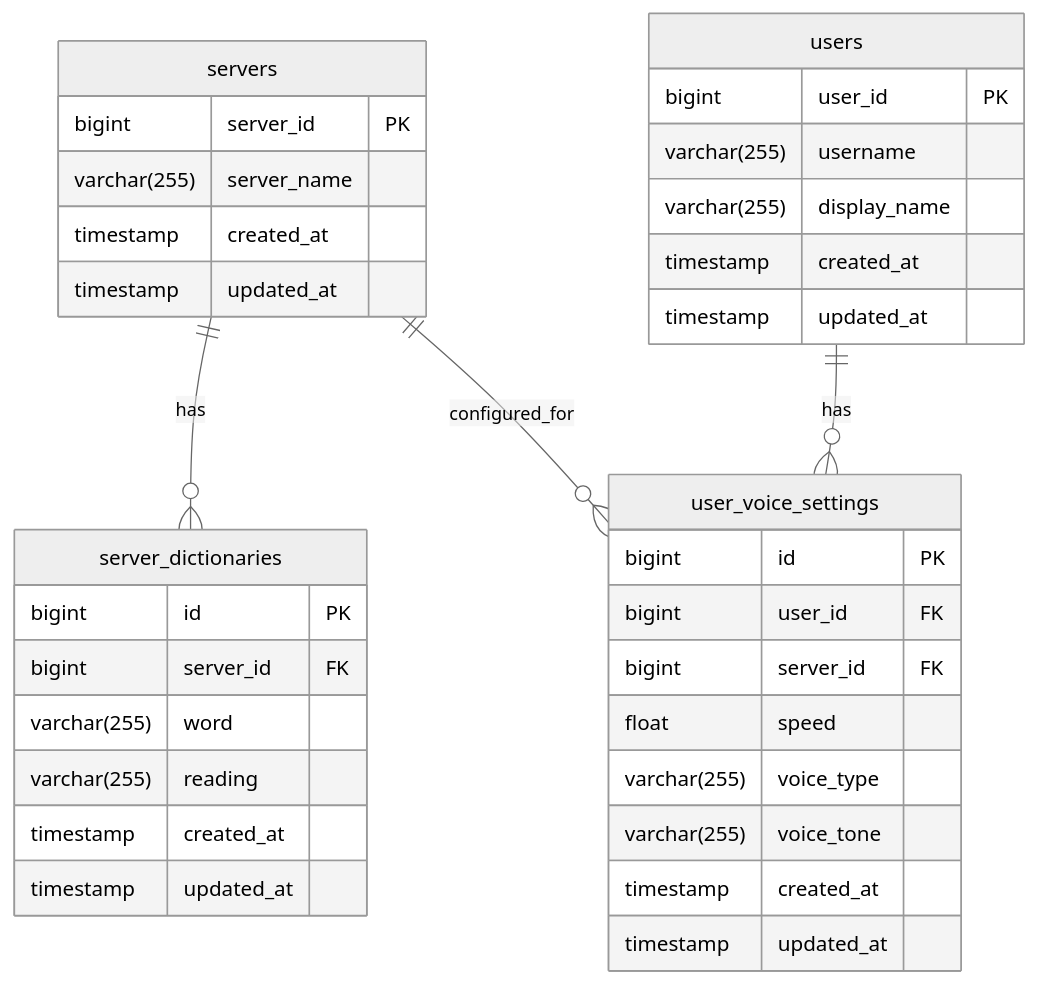
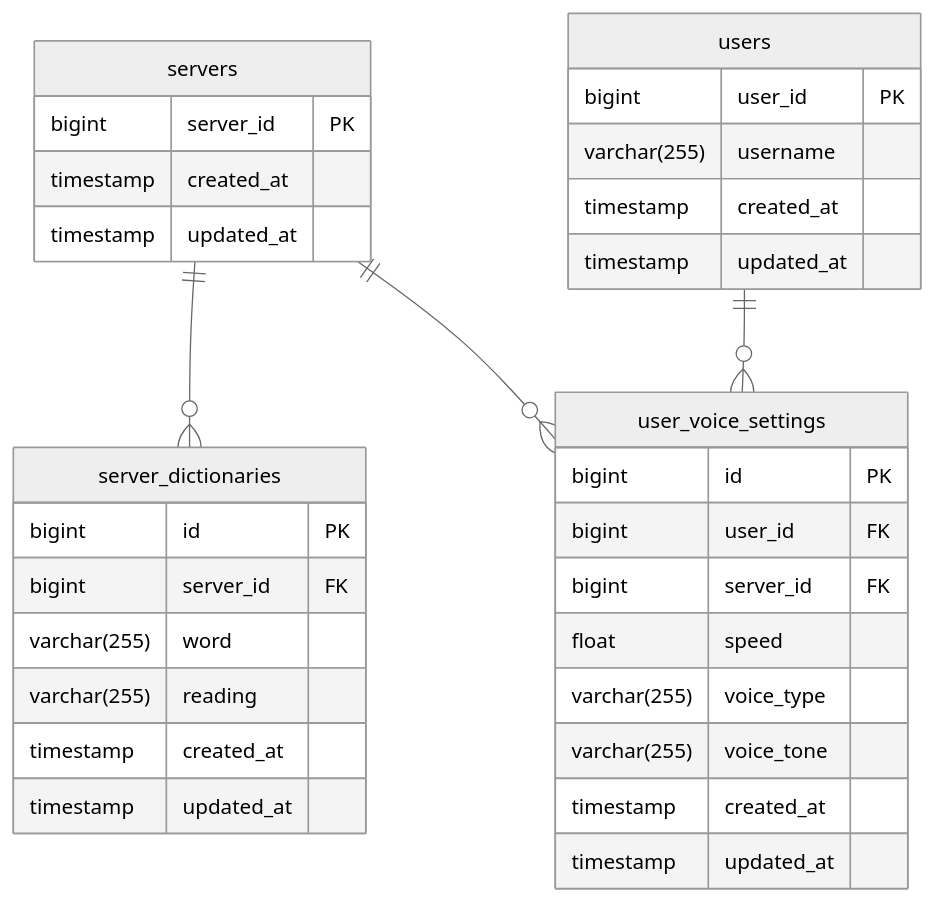
One commit to kurono-soshiki/gentlebot changed the diagram in src/yomiage/RDBMS.md. Above: the diagram before and after it, drawn with Mermaid (neutral theme). The commit also changed other lines of this file, not shown here.

Commit message:
不要なカラムの削除 #9

````diff
--- a/src/yomiage/RDBMS.md
+++ b/src/yomiage/RDBMS.md
@@ -17,42 +17,40 @@
 ```mermaid
 erDiagram
     servers {
         bigint server_id PK
-        varchar(255) server_name
         timestamp created_at
         timestamp updated_at
     }
     
     users {
         bigint user_id PK
         varchar(255) username
-        varchar(255) display_name
         timestamp created_at
         timestamp updated_at
     }
     
     server_dictionaries {
         bigint id PK
         bigint server_id FK
         varchar(255) word
         varchar(255) reading
         timestamp created_at
         timestamp updated_at
     }
 
     
     user_voice_settings {
         bigint id PK
         bigint user_id FK
         bigint server_id FK
         float speed
         varchar(255) voice_type
         varchar(255) voice_tone
         timestamp created_at
         timestamp updated_at
     }
     
-    servers ||--o{ server_dictionaries : "has"
-    users ||--o{ user_voice_settings : "has"
-    servers ||--o{ user_voice_settings : "configured_for"
+    servers ||--o{ server_dictionaries : ""
+    users ||--o{ user_voice_settings : ""
+    servers ||--o{ user_voice_settings : ""
 ```
````
